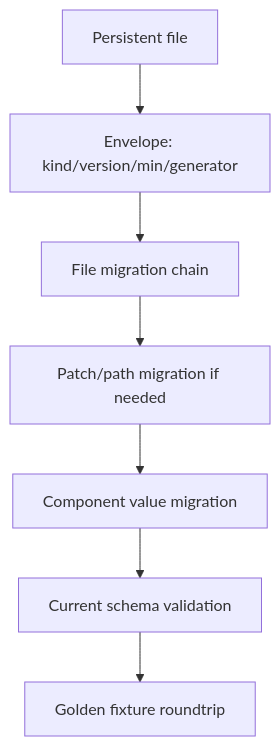
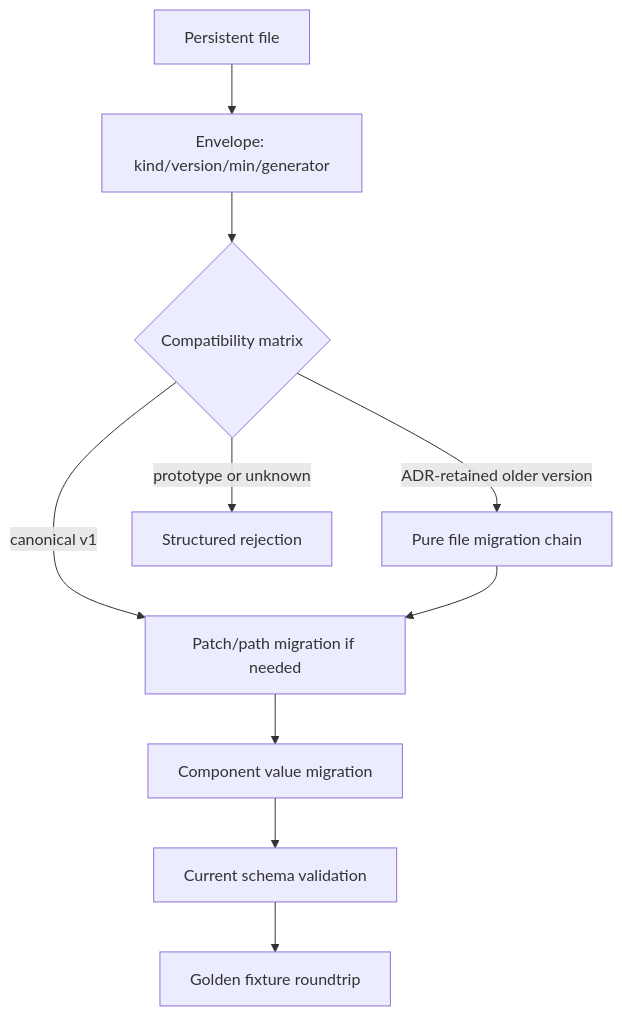
The diagram in docs/architecture/adr/0051-persistent-file-envelope-migration-and-golden-fixtures.md (Latias94/nara), drawn with Mermaid before and after one commit. The commit also changed other lines of this file and 10 other files, not shown here.

First line of the commit message:
docs(architecture): separate decisions from implementation

````diff
--- a/docs/architecture/adr/0051-persistent-file-envelope-migration-and-golden-fixtures.md
+++ b/docs/architecture/adr/0051-persistent-file-envelope-migration-and-golden-fixtures.md
@@ -21,9 +27,12 @@
 ```mermaid
 flowchart TD
     File[Persistent file] --> Env[Envelope: kind/version/min/generator]
-    Env --> FileMig[File migration chain]
-    FileMig --> PatchMig[Patch/path migration if needed]
+    Env --> Version{Compatibility matrix}
+    Version -->|canonical v1| PatchMig[Patch/path migration if needed]
+    Version -->|ADR-retained older version| FileMig[Pure file migration chain]
+    Version -->|prototype or unknown| Reject[Structured rejection]
+    FileMig --> PatchMig
     PatchMig --> CompMig[Component value migration]
     CompMig --> Validate[Current schema validation]
     Validate --> Golden[Golden fixture roundtrip]
 ```
````
